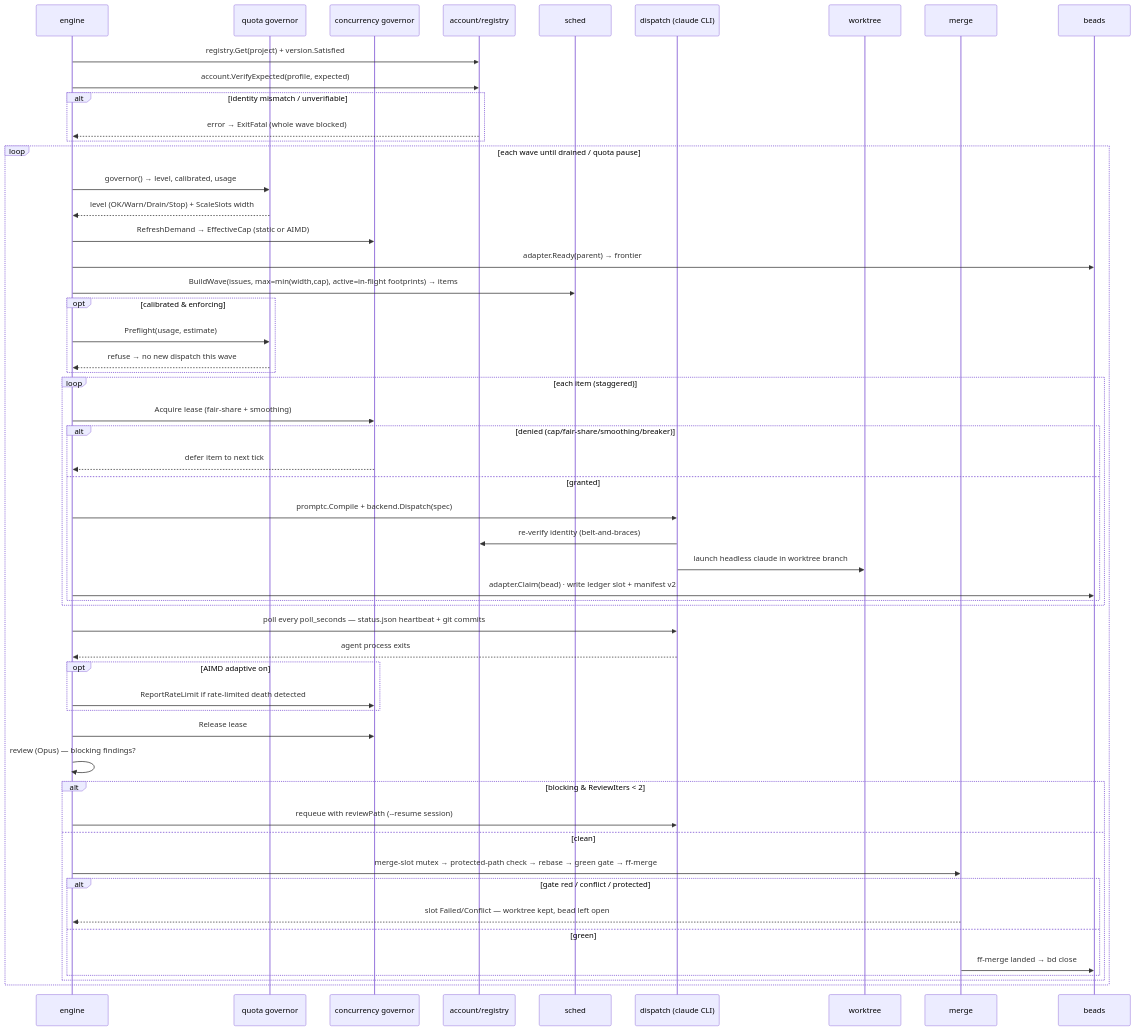
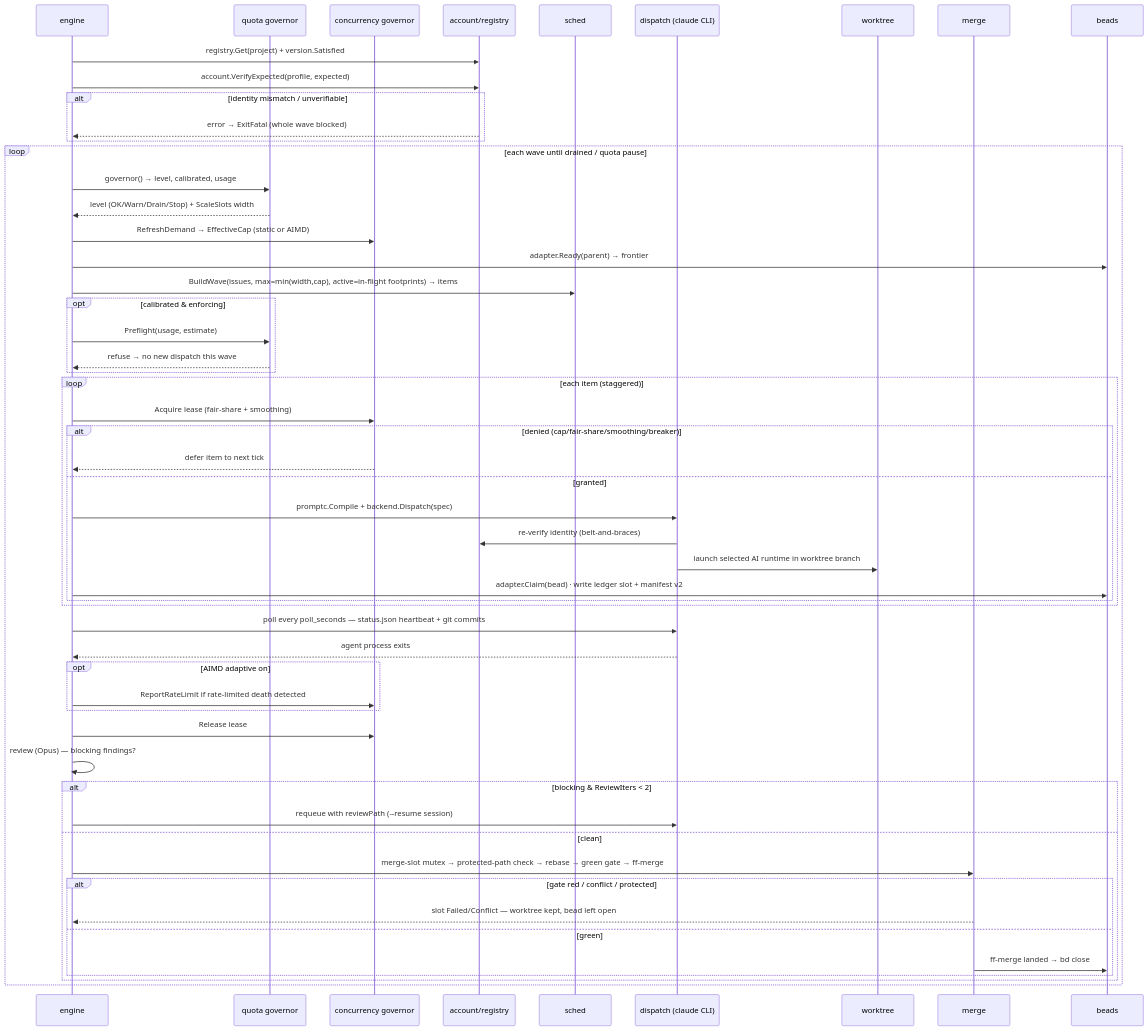
One commit to koryph/koryph changed the second of 4 diagrams in docs/architecture.md. Above: the diagram before and after it, drawn with Mermaid. The commit also changed other lines of this file and 2 other files, not shown here.

Commit message:
docs(runtime): make product framing agent-neutral

````diff
--- a/docs/architecture.md
+++ b/docs/architecture.md
@@ -107,57 +108,57 @@
 ```mermaid
 sequenceDiagram
   participant E as engine
   participant Q as quota governor
   participant G as concurrency governor
   participant A as account/registry
   participant S as sched
   participant D as dispatch (claude CLI)
   participant W as worktree
   participant M as merge
   participant B as beads
 
   E->>A: registry.Get(project) + version.Satisfied
   E->>A: account.VerifyExpected(profile, expected)
   alt identity mismatch / unverifiable
     A-->>E: error → ExitFatal (whole wave blocked)
   end
   loop each wave until drained / quota pause
     E->>Q: governor() → level, calibrated, usage
     Q-->>E: level (OK/Warn/Drain/Stop) + ScaleSlots width
     E->>G: RefreshDemand → EffectiveCap (static or AIMD)
     E->>B: adapter.Ready(parent) → frontier
     E->>S: BuildWave(issues, max=min(width,cap), active=in-flight footprints) → items
     opt calibrated & enforcing
       E->>Q: Preflight(usage, estimate)
       Q-->>E: refuse → no new dispatch this wave
     end
     loop each item (staggered)
       E->>G: Acquire lease (fair-share + smoothing)
       alt denied (cap/fair-share/smoothing/breaker)
         G-->>E: defer item to next tick
       else granted
         E->>D: promptc.Compile + backend.Dispatch(spec)
         D->>A: re-verify identity (belt-and-braces)
-        D->>W: launch headless claude in worktree branch
+        D->>W: launch selected AI runtime in worktree branch
         E->>B: adapter.Claim(bead) · write ledger slot + manifest v2
       end
     end
     E->>D: poll every poll_seconds — status.json heartbeat + git commits
     D-->>E: agent process exits
     opt AIMD adaptive on
       E->>G: ReportRateLimit if rate-limited death detected
     end
     E->>G: Release lease
     E->>E: review (Opus) — blocking findings?
     alt blocking & ReviewIters < 2
       E->>D: requeue with reviewPath (--resume session)
     else clean
       E->>M: merge-slot mutex → protected-path check → rebase → green gate → ff-merge
       alt gate red / conflict / protected
         M-->>E: slot Failed/Conflict — worktree kept, bead left open
       else green
         M->>B: ff-merge landed → bd close
       end
     end
   end
 ```
````
